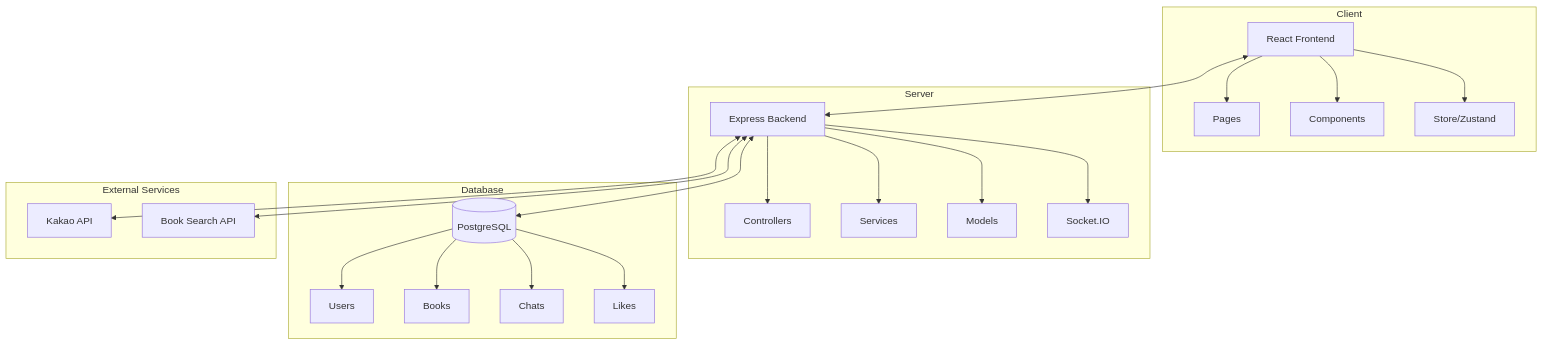
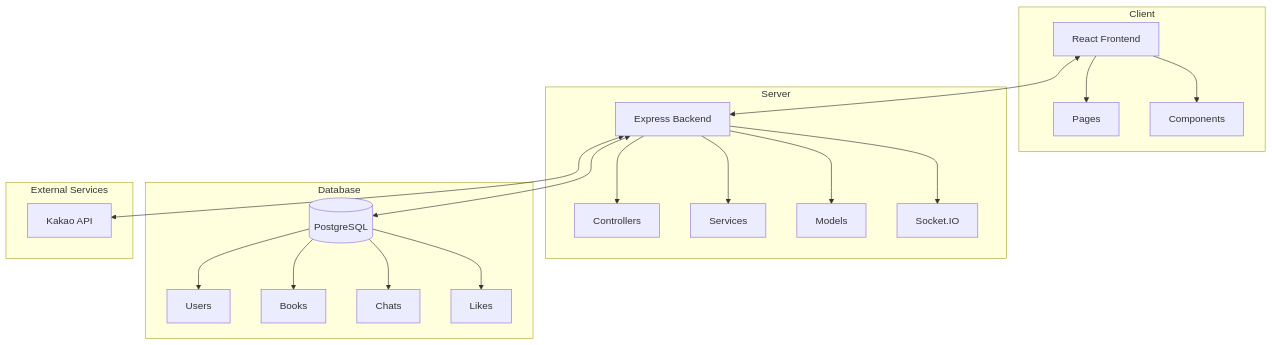
The diagram in README.md (kimbynggon/Bookle-Talk), drawn with Mermaid before and after one commit.

````diff
--- a/README.md
+++ b/README.md
@@ -73,46 +73,35 @@
 ```mermaid
-graph TB
-    subgraph Client
-        A[React Frontend]
-        A1[Pages]
-        A2[Components]
-        A3[Store/Zustand]
-        A --> A1
-        A --> A2
-        A --> A3
-    end
+---
+config:
+  layout: dagre
+---
+flowchart TB
+ subgraph Client["Client"]
+        A["React Frontend"]
+        A1["Pages"]
+        A2["Components"]
+  end
+ subgraph Server["Server"]
+        B["Express Backend"]
+        B1["Controllers"]
+        B2["Services"]
+        B3["Models"]
+        B4["Socket.IO"]
+  end
+ subgraph Database["Database"]
+        C[("PostgreSQL")]
+        C1["Users"]
+        C2["Books"]
+        C3["Chats"]
+        C4["Likes"]
+  end
+ subgraph subGraph3["External Services"]
+        D["Kakao API"]
+  end
+    A --> A1 & A2
+    B --> B1 & B2 & B3 & B4
+    C --> C1 & C2 & C3 & C4
+    A <--> B
+    B <--> C & D
 
-    subgraph Server
-        B[Express Backend]
-        B1[Controllers]
-        B2[Services]
-        B3[Models]
-        B4[Socket.IO]
-        B --> B1
-        B --> B2
-        B --> B3
-        B --> B4
-    end
-
-    subgraph Database
-        C[(PostgreSQL)]
-        C1[Users]
-        C2[Books]
-        C3[Chats]
-        C4[Likes]
-        C --> C1
-        C --> C2
-        C --> C3
-        C --> C4
-    end
-
-    subgraph External Services
-        D[Kakao API]
-        E[Book Search API]
-    end
-
-    A <--> B
-    B <--> C
-    B <--> D
-    B <--> E
 ```
````
